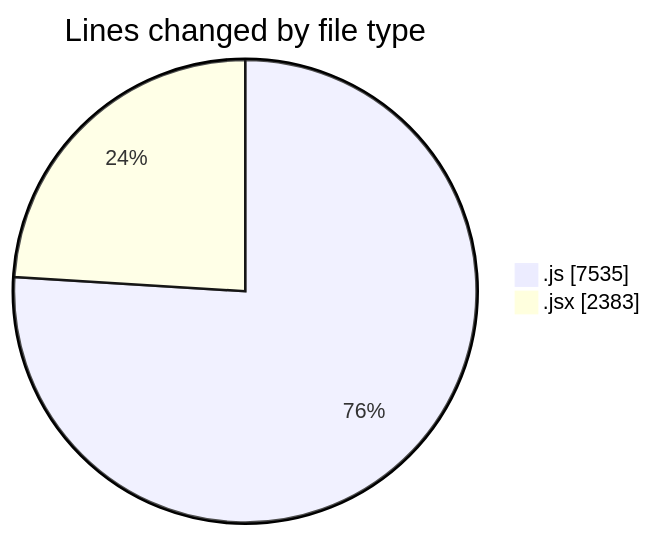
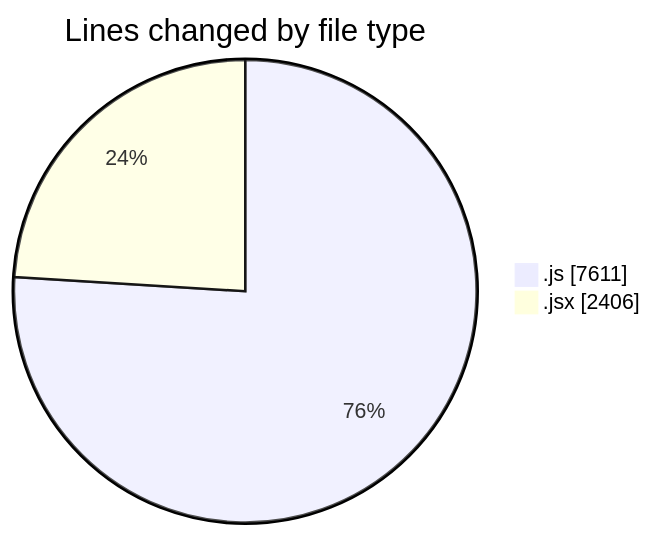
Before and after one commit to nxtqubesakshisongat/code-tracking: the first of 2 diagrams in 2025-12-10/nxtqube_webapp/README.md, drawn with Mermaid. The commit also changed other lines of this file and 1 other file, not shown here.

````diff
--- a/2025-12-10/nxtqube_webapp/README.md
+++ b/2025-12-10/nxtqube_webapp/README.md
@@ -21,6 +21,6 @@
 ```mermaid
 pie showData
 title Lines changed by file type
-".js" : 7535
-".jsx" : 2383
+".js" : 7611
+".jsx" : 2406
 ```
````
